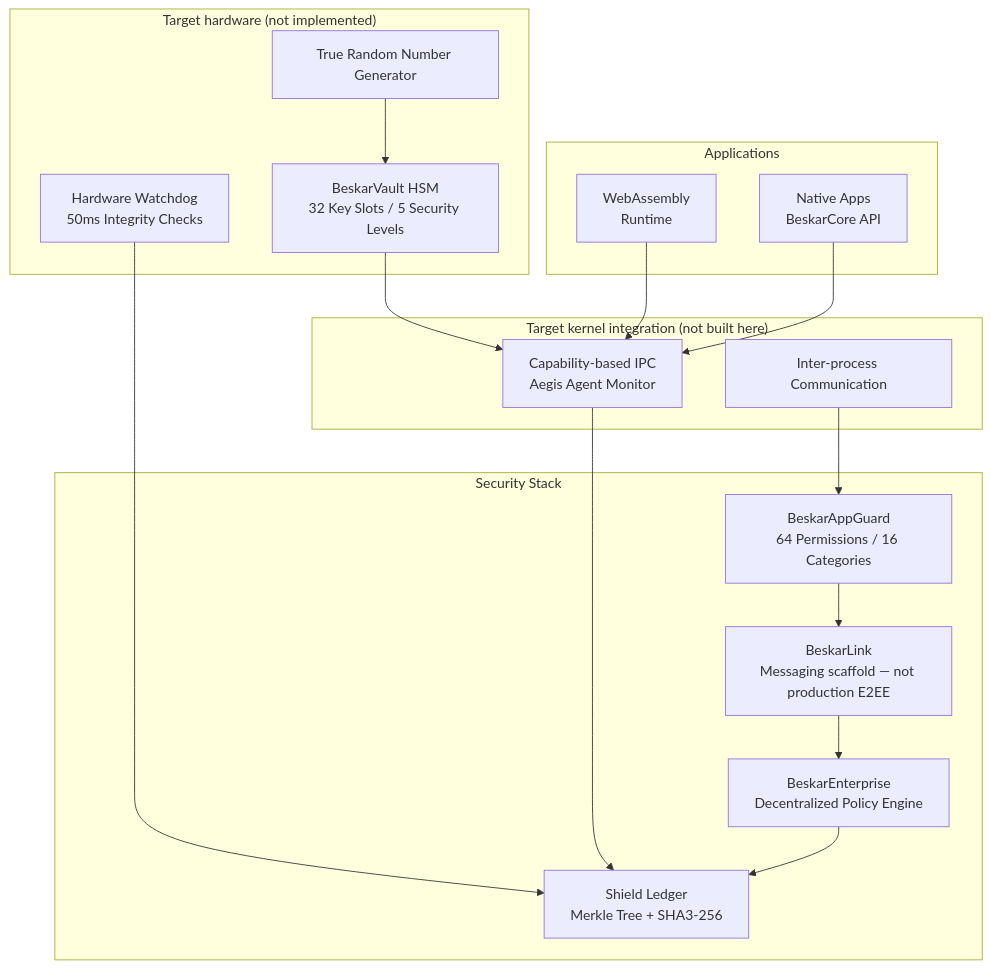
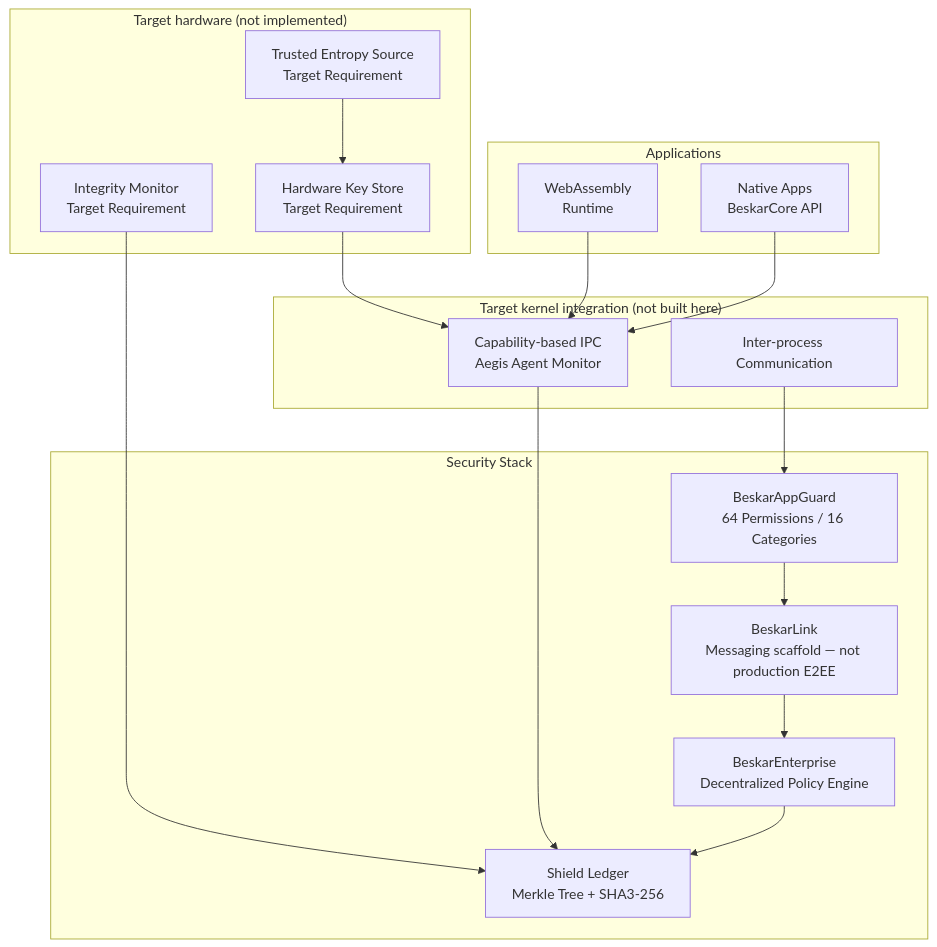
Before and after one commit to iamGodofall/mandalorian-project: the diagram in README.md, drawn with Mermaid. The commit also changed other lines of this file, not shown here.

Commit message:
Correct license positioning and distinguish target references from integrated features

````diff
--- a/README.md
+++ b/README.md
@@ -35,36 +35,36 @@
 ```mermaid
 graph TB
     subgraph Hardware["Target hardware (not implemented)"]
-        HSM["BeskarVault HSM<br/>32 Key Slots / 5 Security Levels"]
-        WDT["Hardware Watchdog<br/>50ms Integrity Checks"]
-        TRNG["True Random Number Generator"]
+        HSM["Hardware Key Store<br/>Target Requirement"]
+        WDT["Integrity Monitor<br/>Target Requirement"]
+        TRNG["Trusted Entropy Source<br/>Target Requirement"]
     end
 
     subgraph Kernel["Target kernel integration (not built here)"]
         CAP["Capability-based IPC<br/>Aegis Agent Monitor"]
         Ipc["Inter-process Communication"]
     end
 
     subgraph Security["Security Stack"]
         GL["Shield Ledger<br/>Merkle Tree + SHA3-256"]
         AG["BeskarAppGuard<br/>64 Permissions / 16 Categories"]
         BL["BeskarLink<br/>Messaging scaffold — not production E2EE"]
         BE["BeskarEnterprise<br/>Decentralized Policy Engine"]
     end
 
     subgraph Apps["Applications"]
         WA["WebAssembly<br/>Runtime"]
         NA["Native Apps<br/>BeskarCore API"]
     end
 
     HSM --> CAP
     WDT --> GL
     TRNG --> HSM
     CAP --> GL
     Ipc --> AG
     AG --> BL
     BL --> BE
     BE --> GL
     WA --> CAP
     NA --> CAP
 ```
````
